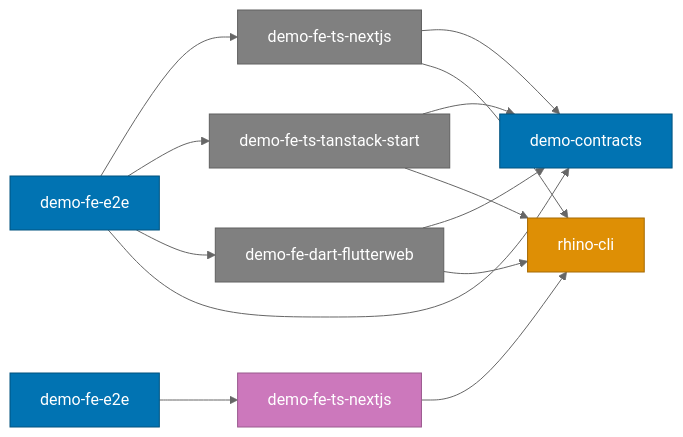
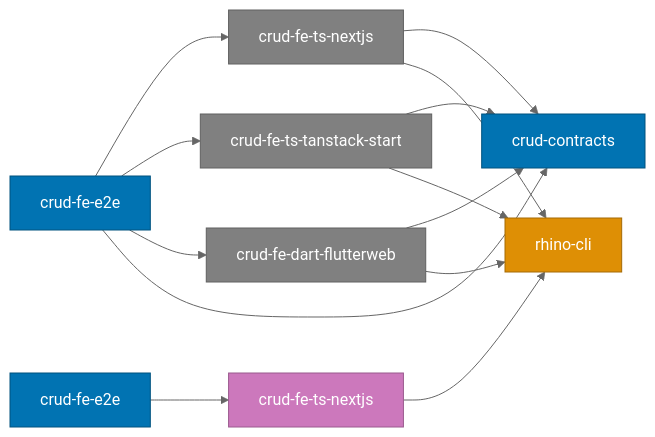
Before and after one commit to wahidyankf/ose-primer: the third of 3 diagrams in docs/reference/project-dependency-graph.md, drawn with Mermaid (neutral theme). The commit also changed other lines of this file and 2260 other files, not shown here.

First line of the commit message:
refactor(apps): rename demo-* to crud-* to clarify CRUD family scope

````diff
--- a/docs/reference/project-dependency-graph.md
+++ b/docs/reference/project-dependency-graph.md
@@ -118,30 +118,30 @@
 ```mermaid
 graph LR
-  FEE2E[demo-fe-e2e]:::e2e
-  NEXTJS[demo-fe-ts-nextjs]:::frontend
-  TANSTACK[demo-fe-ts-tanstack-start]:::frontend
-  FLUTTER[demo-fe-dart-flutterweb]:::frontend
-  OLE[demo-fe-e2e]:::e2e
-  OLW[demo-fe-ts-nextjs]:::site
+  FEE2E[crud-fe-e2e]:::e2e
+  NEXTJS[crud-fe-ts-nextjs]:::frontend
+  TANSTACK[crud-fe-ts-tanstack-start]:::frontend
+  FLUTTER[crud-fe-dart-flutterweb]:::frontend
+  OLE[crud-fe-e2e]:::e2e
+  OLW[crud-fe-ts-nextjs]:::site
   RC[rhino-cli]:::cli
-  DC[demo-contracts]:::spec
+  DC[crud-contracts]:::spec
 
   FEE2E --> NEXTJS
   FEE2E --> TANSTACK
   FEE2E --> FLUTTER
   FEE2E --> DC
   OLE --> OLW
   OLW --> RC
   NEXTJS --> DC
   NEXTJS --> RC
   TANSTACK --> DC
   TANSTACK --> RC
   FLUTTER --> DC
   FLUTTER --> RC
 
   classDef spec fill:#0173B2,stroke:#01537F,color:#FFFFFF
   classDef cli fill:#DE8F05,stroke:#A56A04,color:#FFFFFF
   classDef site fill:#CC78BC,stroke:#9A5A8E,color:#FFFFFF
   classDef frontend fill:#808080,stroke:#606060,color:#FFFFFF
   classDef e2e fill:#0173B2,stroke:#01537F,color:#FFFFFF
 ```
````
